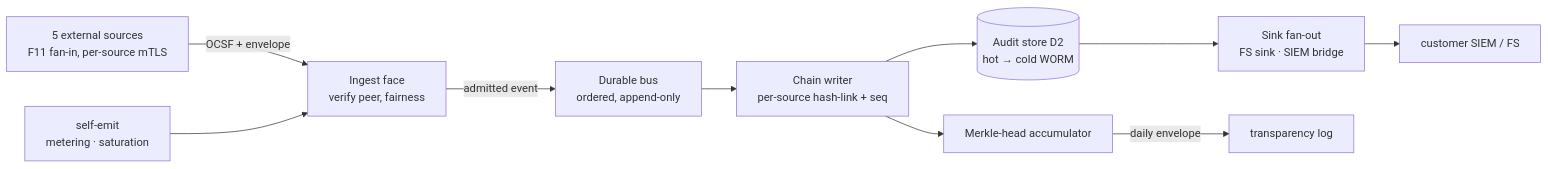
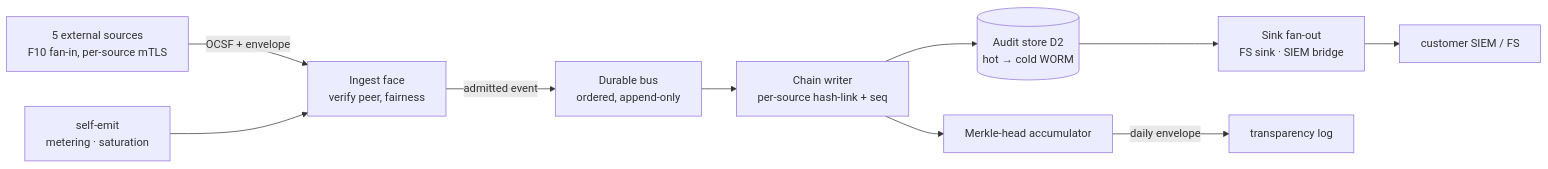
Before and after one commit to Wide-Moat/open-computer-use: the diagram in docs/architecture/components/07-audit-pipeline.md, drawn with Mermaid. The commit also changed other lines of this file and 8 other files, not shown here.

````diff
--- a/docs/architecture/components/07-audit-pipeline.md
+++ b/docs/architecture/components/07-audit-pipeline.md
@@ -27,12 +27,12 @@
 ```mermaid
 flowchart LR
-    EXT[5 external sources<br/>F11 fan-in, per-source mTLS] -->|OCSF + envelope| ING[Ingest face<br/>verify peer, fairness]
+    EXT[5 external sources<br/>F10 fan-in, per-source mTLS] -->|OCSF + envelope| ING[Ingest face<br/>verify peer, fairness]
     SELF[self-emit<br/>metering · saturation] --> ING
     ING -->|admitted event| BUS[Durable bus<br/>ordered, append-only]
     BUS --> CHAIN[Chain writer<br/>per-source hash-link + seq]
     CHAIN --> STORE[(Audit store D2<br/>hot → cold WORM)]
     CHAIN --> ANCHOR[Merkle-head accumulator]
     STORE --> FANOUT[Sink fan-out<br/>FS sink · SIEM bridge]
     ANCHOR -->|daily envelope| TLOG[transparency log]
     FANOUT --> SINK[customer SIEM / FS]
 ```
````
